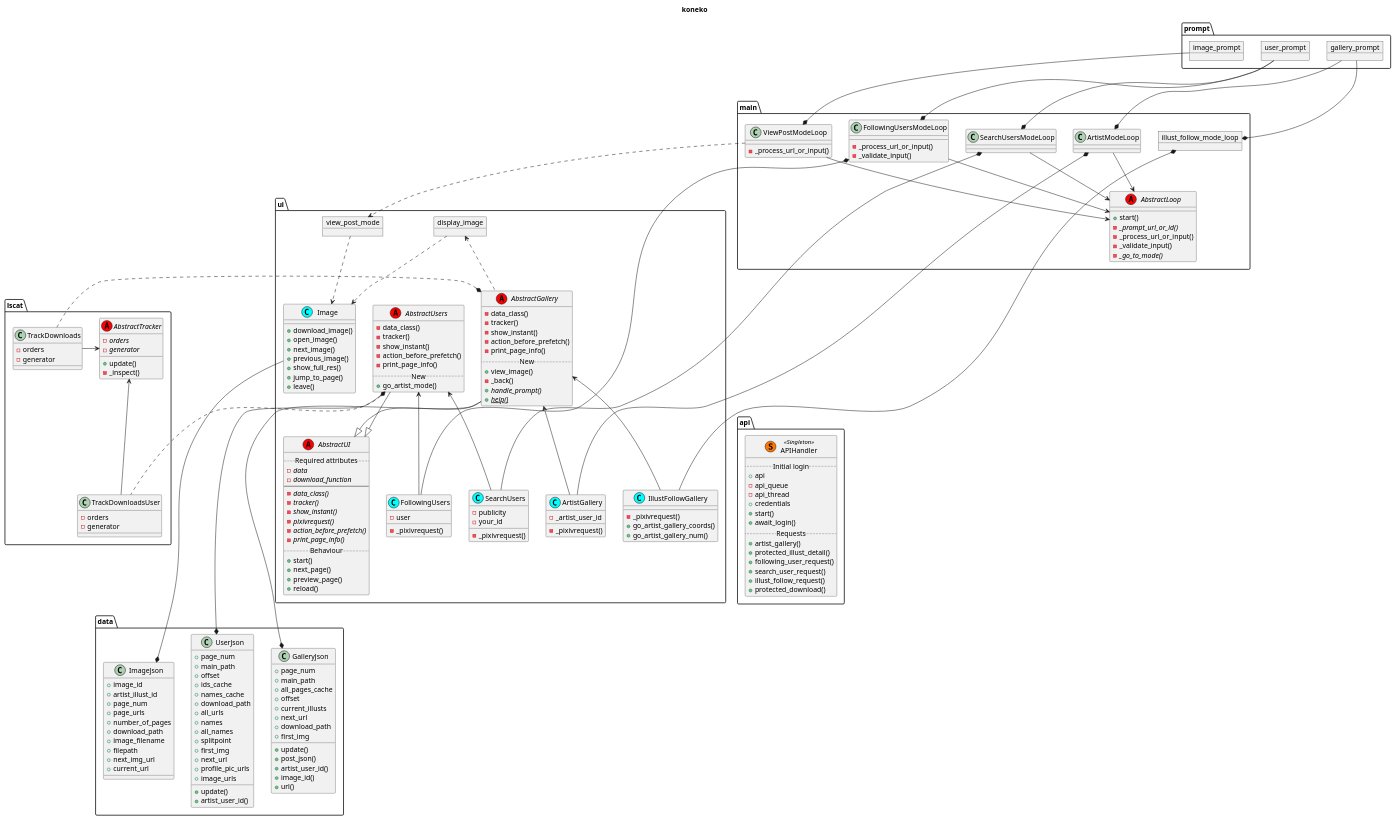
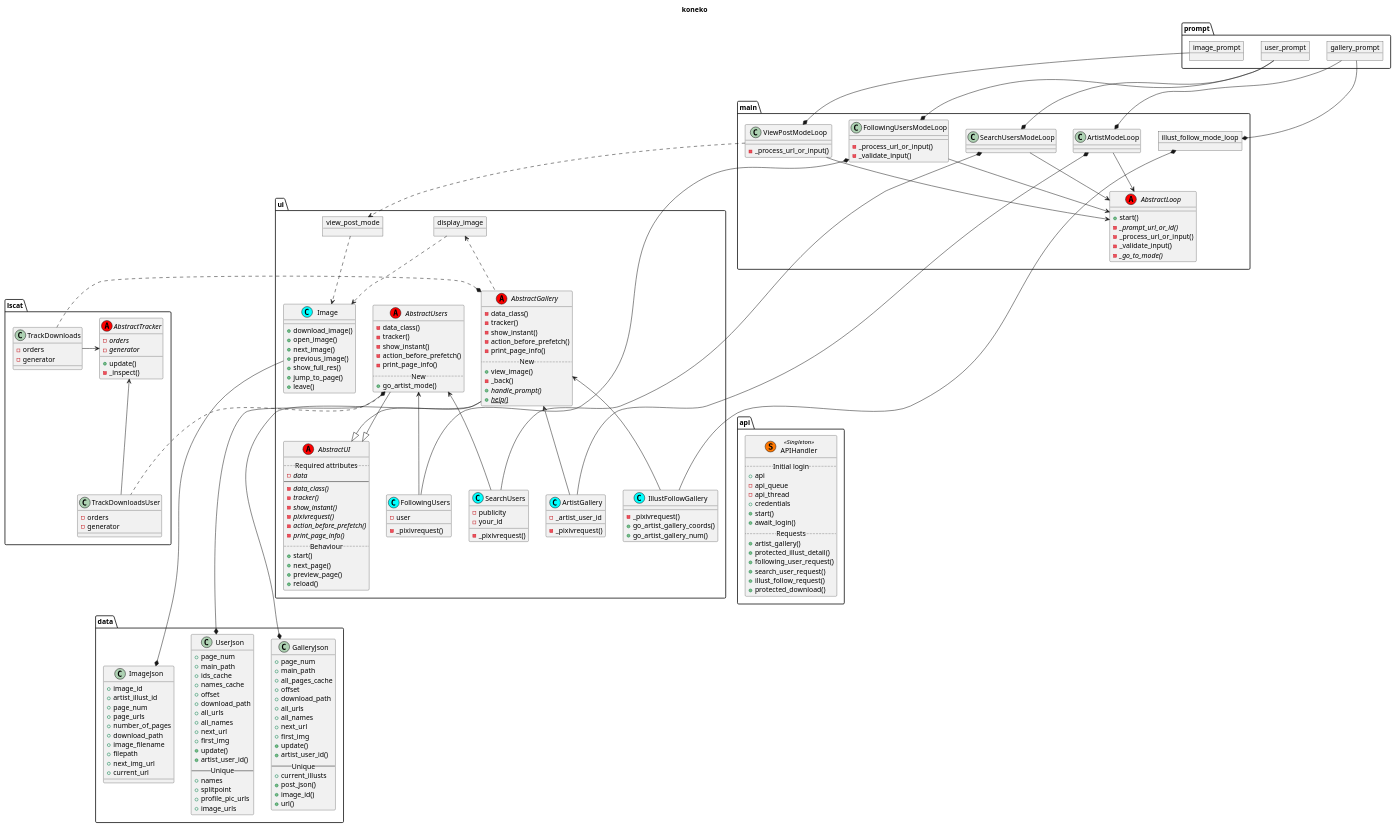
The diagram in puml/classes.puml (akazukin5151/koneko), drawn with PlantUML before and after one commit.

Commit message:
puml: Update data classes

```diff
--- a/puml/classes.puml
+++ b/puml/classes.puml
@@ -22,7 +22,6 @@
 abstract class ui.AbstractUI <<(A, red)>>{
     ..Required attributes..
     - {abstract} data
-    - {abstract} download_function
     --
     -{abstract}data_class()
     -{abstract}tracker()
@@ -170,13 +169,16 @@
     + main_path
     + all_pages_cache
     + offset
-    + current_illusts
+    + download_path
+    + all_urls
+    + all_names
     + next_url
-    + download_path
     + first_img
     +update()
+    +artist_user_id()
+    --Unique--
+    + current_illusts
     +post_json()
-    +artist_user_id()
     +image_id()
     +url()
 }
@@ -195,20 +197,21 @@
 class data.UserJson {
     + page_num
     + main_path
-    + offset
     + ids_cache
     + names_cache
+    + offset
     + download_path
     + all_urls
+    + all_names
+    + next_url
+    + first_img
+    +update()
+    +artist_user_id()
+    --Unique--
     + names
-    + all_names
     + splitpoint
-    + first_img
-    + next_url
     + profile_pic_urls
     + image_urls
-    +update()
-    +artist_user_id()
 }
 
 data.GalleryJson *-up-- ui.AbstractGallery
```
